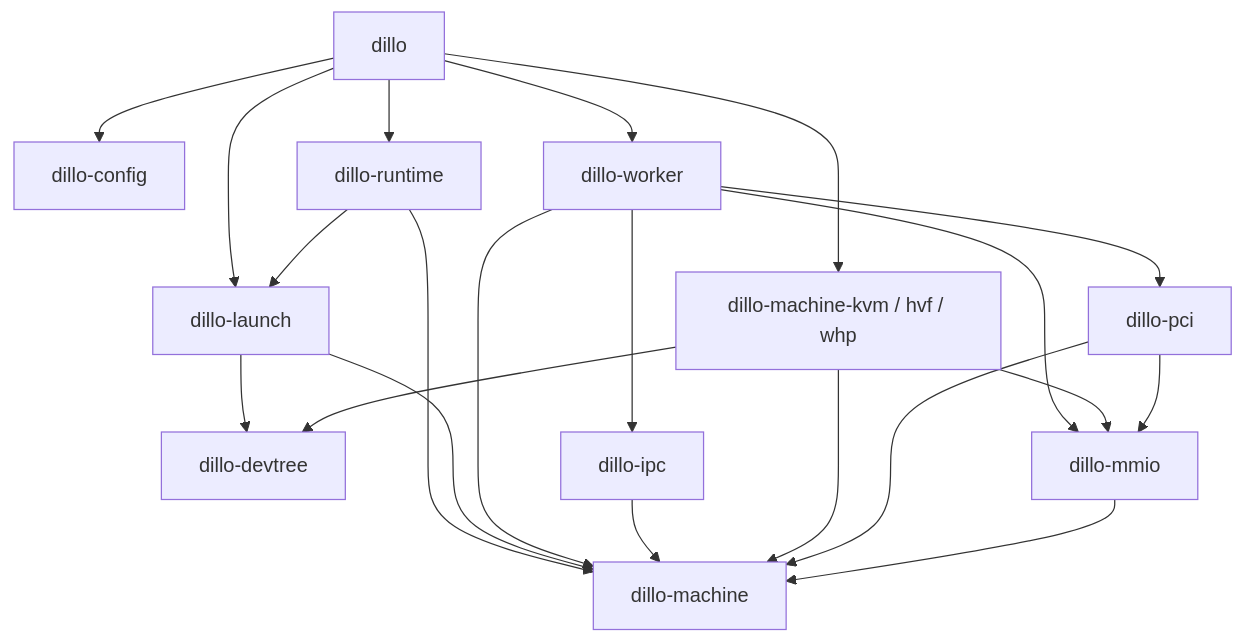
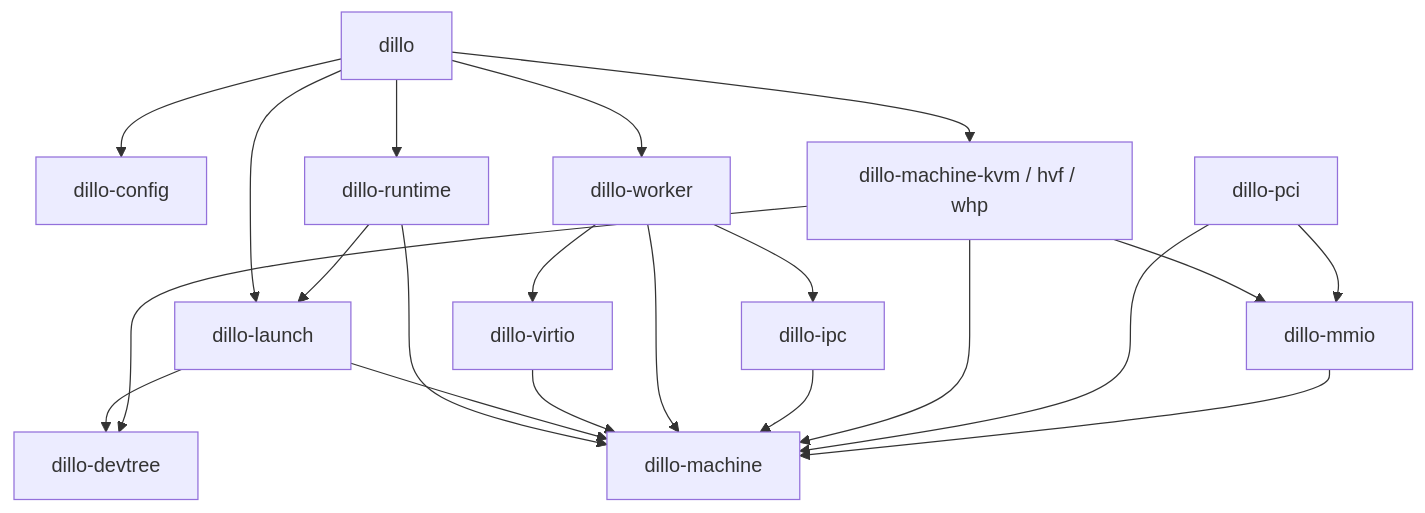
Before and after one commit to pichi-vm/dillo: the diagram in DESIGN.md, drawn with Mermaid. The commit also changed other lines of this file, not shown here.

````diff
--- a/DESIGN.md
+++ b/DESIGN.md
@@ -135,23 +135,23 @@
 ```mermaid
 flowchart TD
     App[dillo] --> Config[dillo-config]
     App --> Runtime[dillo-runtime]
     App --> Launch[dillo-launch]
     App --> Worker[dillo-worker]
     App --> Native[dillo-machine-kvm / hvf / whp]
     Runtime --> Launch
     Runtime --> Machine[dillo-machine]
     Launch --> DT[dillo-devtree]
     Launch --> Machine
     Worker --> IPC[dillo-ipc]
-    Worker --> PCI[dillo-pci]
-    Worker --> MMIO[dillo-mmio]
+    Worker --> Virtio[dillo-virtio]
+    Virtio --> Machine
     Worker --> Machine
     IPC --> Machine
     Native --> Machine
     Native --> DT
-    Native --> MMIO
-    PCI --> MMIO
+    Native --> MMIO[dillo-mmio]
+    PCI[dillo-pci] --> MMIO
     PCI --> Machine
     MMIO --> Machine
 ```
````
